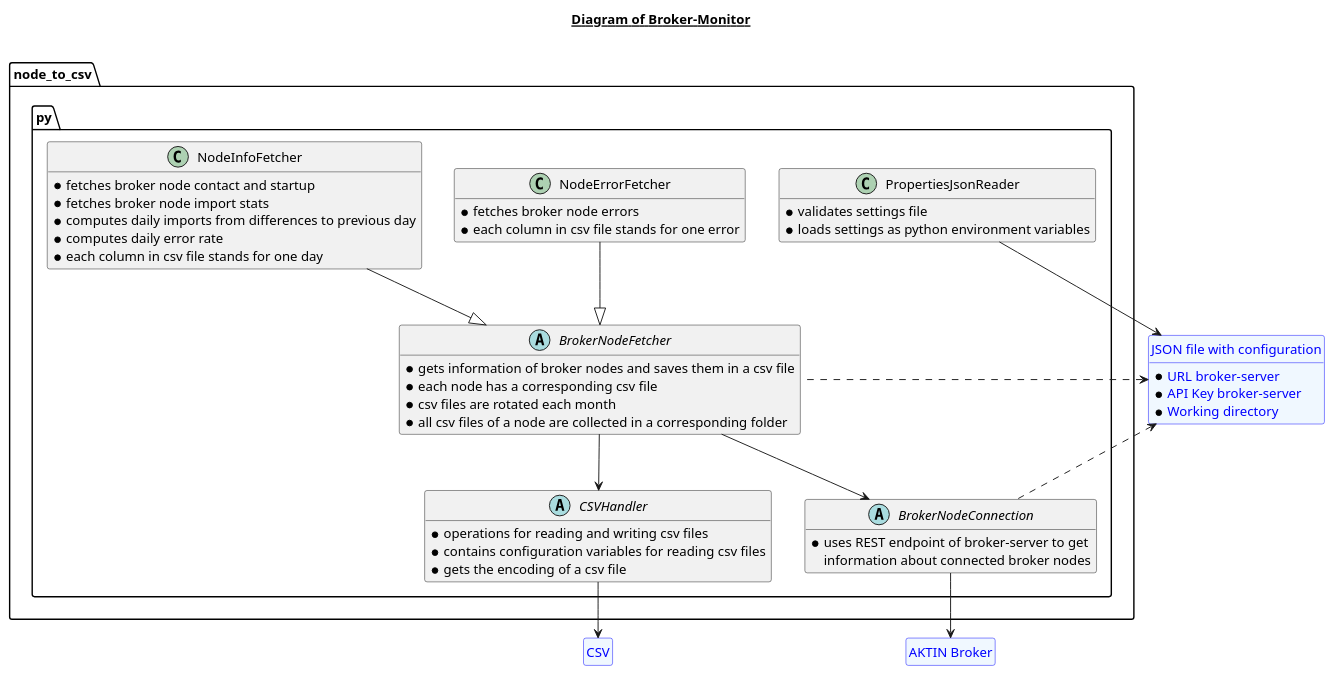
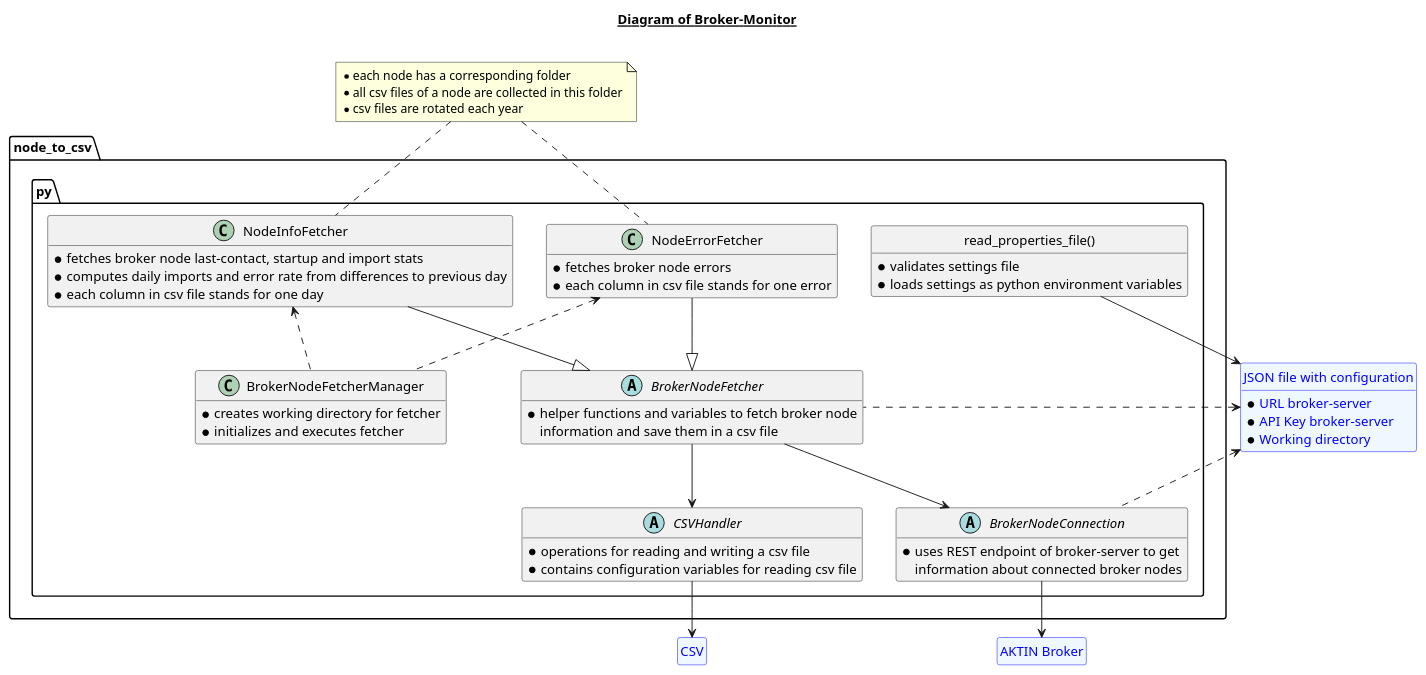
One commit to alexkombie/AKTIN_broker_monitor changed the diagram in docs/architecture/broker-monitor.puml. Above: the diagram before and after it, drawn with PlantUML. The commit also changed 1 other file, not shown here.

Commit message:
renamed CSVManager back to CSVHandler, updated architecture

```diff
--- a/docs/architecture/broker-monitor.puml
+++ b/docs/architecture/broker-monitor.puml
@@ -1,73 +1,80 @@
 @startuml
 hide methods
 
 title __Diagram of Broker-Monitor__\n
 
 package "node_to_csv.py" <<Package>> {
-class PropertiesJsonReader {
+class "read_properties_file()" as r {
 * validates settings file
 * loads settings as python environment variables
 }
+hide r circle
 
 abstract class CSVHandler {
-* operations for reading and writing csv files
-* contains configuration variables for reading csv files
-* gets the encoding of a csv file
+* operations for reading and writing a csv file
+* contains configuration variables for reading csv file
 }
 
 abstract BrokerNodeConnection {
 * uses REST endpoint of broker-server to get
 information about connected broker nodes
 }
 
 abstract class BrokerNodeFetcher {
-* gets information of broker nodes and saves them in a csv file
-* each node has a corresponding csv file
-* csv files are rotated each month
-* all csv files of a node are collected in a corresponding folder
+* helper functions and variables to fetch broker node
+information and save them in a csv file
 }
 
 class NodeErrorFetcher {
 * fetches broker node errors
 * each column in csv file stands for one error
 }
 
 class NodeInfoFetcher {
-* fetches broker node contact and startup
-* fetches broker node import stats
-* computes daily imports from differences to previous day
-* computes daily error rate
+* fetches broker node last-contact, startup and import stats
+* computes daily imports and error rate from differences to previous day
 * each column in csv file stands for one day
+}
+
+class BrokerNodeFetcherManager {
+* creates working directory for fetcher
+* initializes and executes fetcher
 }
 
 BrokerNodeFetcher --> CSVHandler
 BrokerNodeFetcher --> BrokerNodeConnection
 NodeErrorFetcher --|> BrokerNodeFetcher
 NodeInfoFetcher --|> BrokerNodeFetcher
+BrokerNodeFetcherManager .u.> NodeInfoFetcher
+BrokerNodeFetcherManager .u.> NodeErrorFetcher
 }
 
 entity "AKTIN Broker" as broker
 entity broker #aliceblue;line:blue;text:blue
 hide broker members
 hide broker circle
 
 entity "CSV" as csv
 entity csv #aliceblue;line:blue;text:blue
 hide csv members
 hide csv circle
 
 entity "JSON file with configuration" as settings {
 * URL broker-server
 * API Key broker-server
 * Working directory
 }
 entity settings #aliceblue;line:blue;text:blue
 hide settings circle
 
+note "* each node has a corresponding folder\n* all csv files of a node are collected in this folder\n* csv files are rotated each year" as N1
+NodeErrorFetcher .u. N1
+NodeInfoFetcher .u. N1
+
 BrokerNodeConnection -d-> broker
 CSVHandler -d-> csv
-PropertiesJsonReader --> settings
+r --> settings
 BrokerNodeConnection .l.> settings
 BrokerNodeFetcher .l.> settings
 
 @enduml
```
